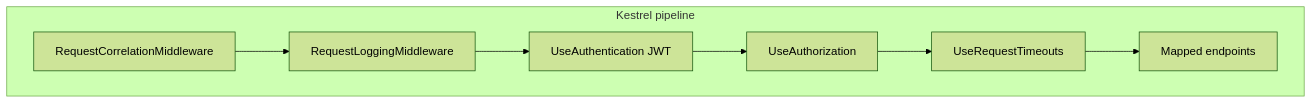
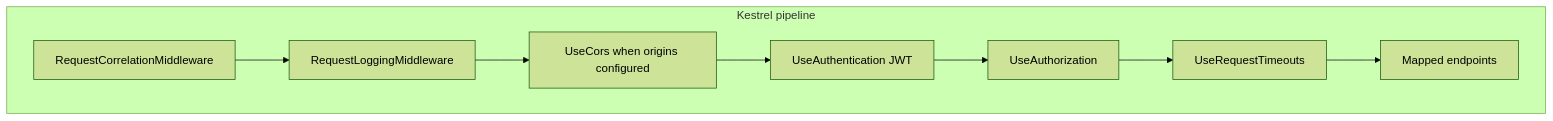
Before and after one commit to SDS37/kyc-multi-frontend: the first of 2 diagrams in apps/api/Kyc.Api/README.STUDY.md, drawn with Mermaid (forest theme). The commit also changed other lines of this file and 37 other files, not shown here.

````diff
--- a/apps/api/Kyc.Api/README.STUDY.md
+++ b/apps/api/Kyc.Api/README.STUDY.md
@@ -47,12 +47,13 @@
 ```mermaid
 flowchart TB
     subgraph pipeline ["Kestrel pipeline"]
         C[RequestCorrelationMiddleware]
         L[RequestLoggingMiddleware]
+        O[UseCors when origins configured]
         A[UseAuthentication JWT]
         Z[UseAuthorization]
         T[UseRequestTimeouts]
         E[Mapped endpoints]
     end
-    C --> L --> A --> Z --> T --> E
+    C --> L --> O --> A --> Z --> T --> E
 ```
````
